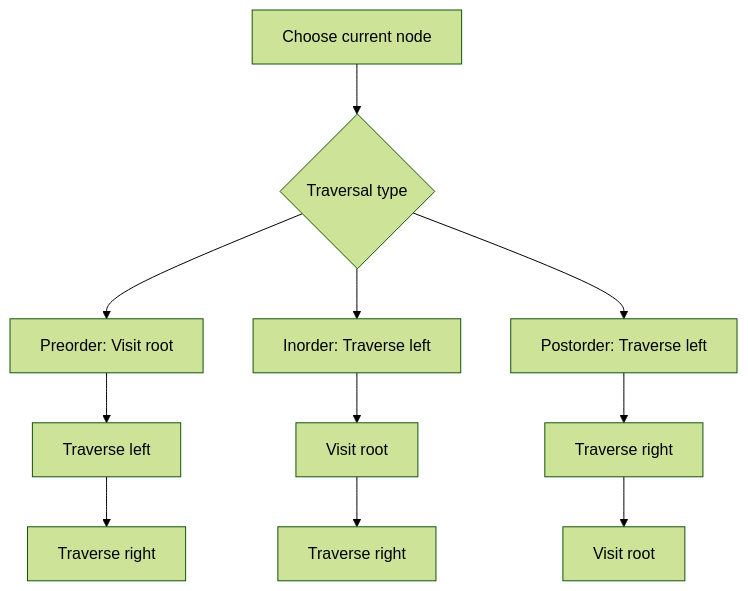
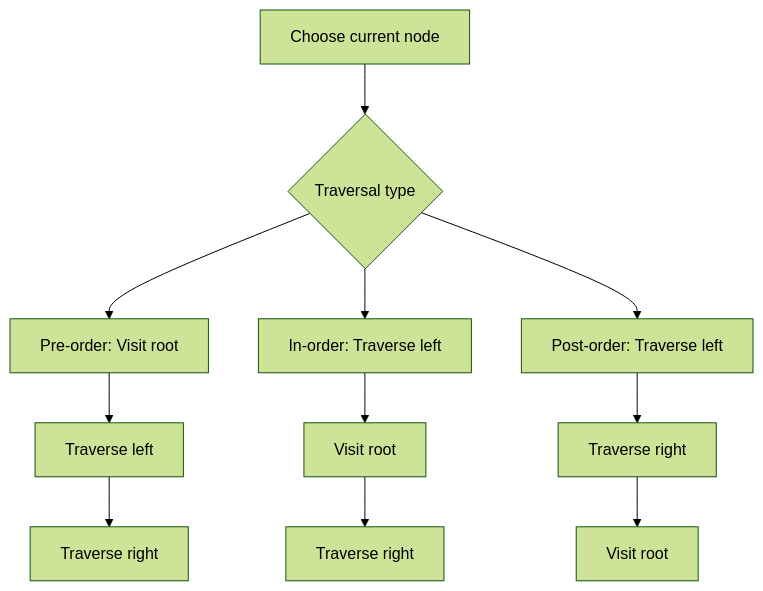
Before and after one commit to AhmedOsman101/Obsidian: the diagram in src/College/yearTwo/secondTerm/DataStructures/Lectures/Lecture-7.md, drawn with Mermaid (forest theme). The commit also changed other lines of this file and 17 other files, not shown here.

````diff
--- a/src/College/yearTwo/secondTerm/DataStructures/Lectures/Lecture-7.md
+++ b/src/College/yearTwo/secondTerm/DataStructures/Lectures/Lecture-7.md
@@ -99,13 +83,13 @@
 ```mermaid
 flowchart TD
   A[Choose current node] --> B{Traversal type}
-  B --> C[Preorder: Visit root]
+  B --> C[Pre-order: Visit root]
   C --> D[Traverse left]
   D --> E[Traverse right]
-  B --> F[Inorder: Traverse left]
+  B --> F[In-order: Traverse left]
   F --> G[Visit root]
   G --> H[Traverse right]
-  B --> I[Postorder: Traverse left]
+  B --> I[Post-order: Traverse left]
   I --> J[Traverse right]
   J --> K[Visit root]
 ```
````
